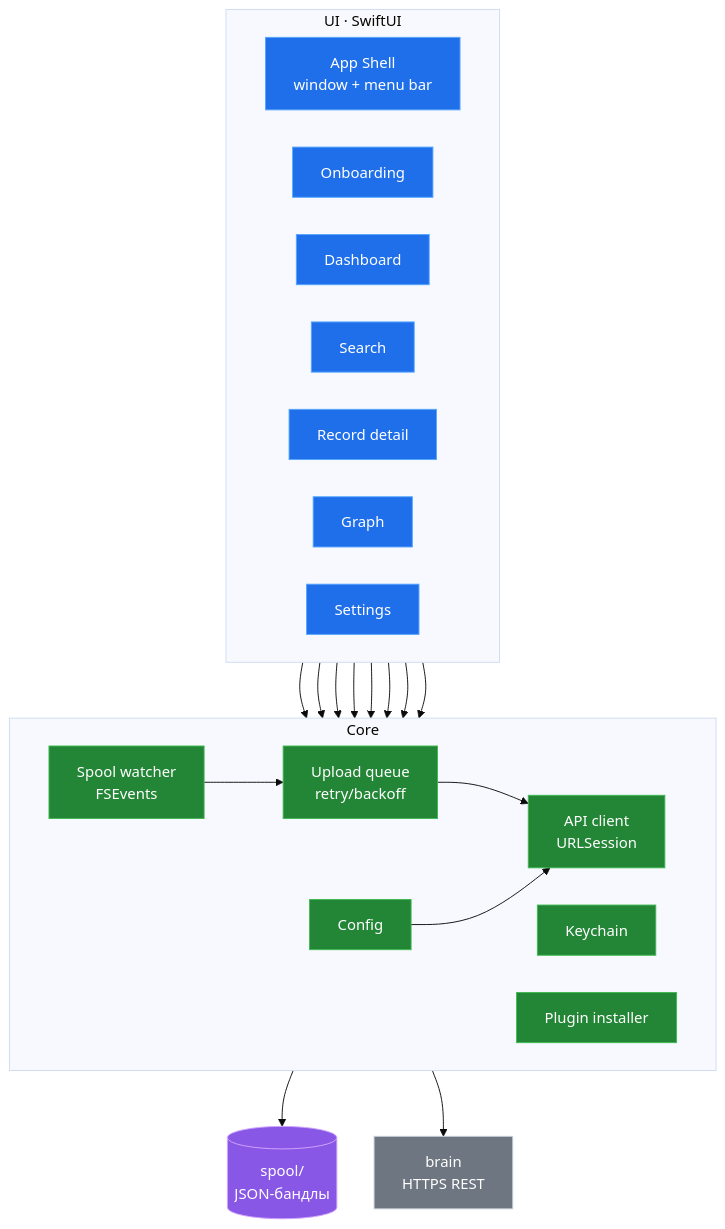
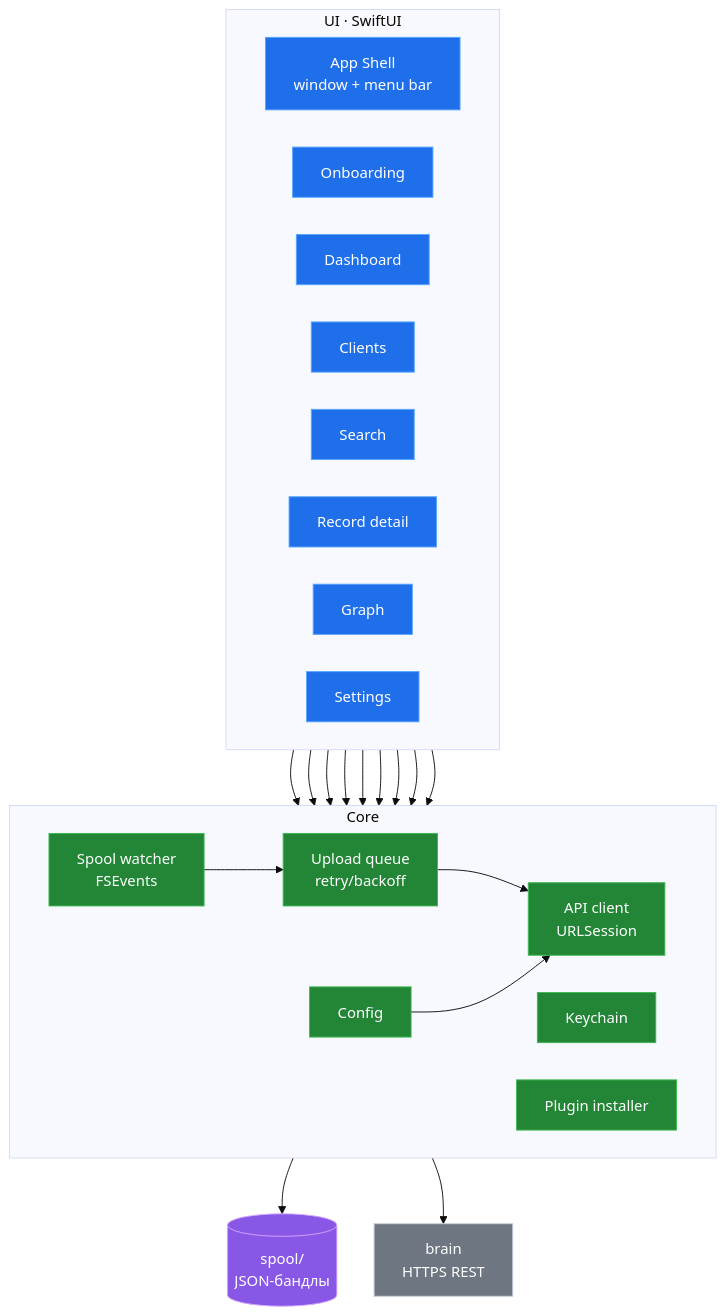
One commit to SeRGei93/meme changed the fourth of 13 diagrams in docs/ARCHITECTURE.md. Above: the diagram before and after it, drawn with Mermaid (base theme). The commit also changed other lines of this file and 11 other files, not shown here.

````diff
--- a/docs/ARCHITECTURE.md
+++ b/docs/ARCHITECTURE.md
@@ -306,49 +306,51 @@
 ```mermaid
 %%{init: {"flowchart": {"htmlLabels": true, "curve": "basis", "nodeSpacing": 40, "rankSpacing": 60}}}%%
 flowchart TB
     subgraph UI["UI · SwiftUI"]
         direction LR
         SHELL["App Shell<br/>window + menu bar"]
         ONB["Onboarding"]
         DASH["Dashboard"]
+        CLIENTS["Clients"]
         SEARCH["Search"]
         REC["Record detail"]
         GRAPH["Graph"]
         SET["Settings"]
     end
 
     subgraph CORE["Core"]
         direction LR
         API["API client<br/>URLSession"]
         WATCH["Spool watcher<br/>FSEvents"]
         UP["Upload queue<br/>retry/backoff"]
         KC["Keychain"]
         CFG["Config"]
         INST["Plugin installer"]
     end
 
     SP[("spool/<br/>JSON-бандлы")]
     SRV["brain<br/>HTTPS REST"]
 
     WATCH --> SP
     WATCH --> UP --> API --> SRV
     SHELL --> API
     DASH --> API
+    CLIENTS --> API
     SEARCH --> API
     REC --> API
     GRAPH --> API
     SET --> API
     ONB --> INST
     ONB --> KC
     CFG --> API
 
     classDef ui fill:#1f6feb,stroke:#58a6ff,color:#ffffff
     classDef core fill:#238636,stroke:#3fb950,color:#ffffff
     classDef data fill:#8957e5,stroke:#d2a8ff,color:#ffffff
     classDef external fill:#6e7681,stroke:#c9d1d9,color:#ffffff
 
-    class SHELL,ONB,DASH,SEARCH,REC,GRAPH,SET ui
+    class SHELL,ONB,DASH,CLIENTS,SEARCH,REC,GRAPH,SET ui
     class API,WATCH,UP,KC,CFG,INST core
     class SP data
     class SRV external
 ```
````
